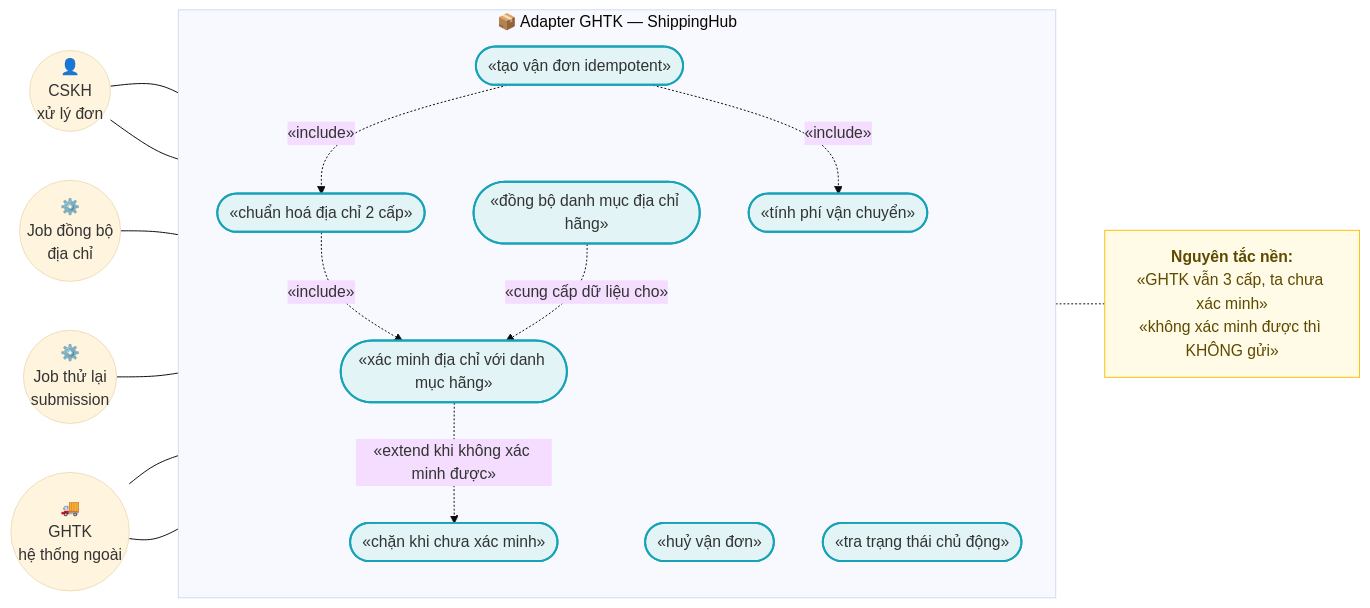
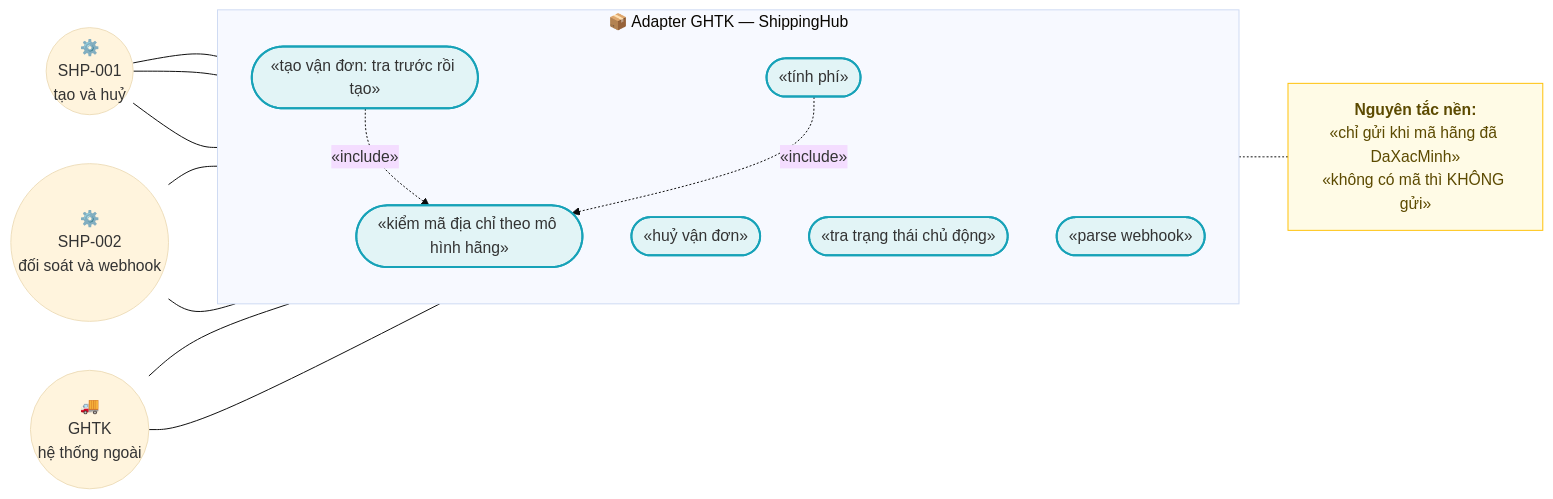
Before and after one commit to hungnt9801/eCommerce: the first of 2 diagrams in docs/features/shipping/shp-004-adapter-ghtk.md, drawn with Mermaid (base theme). The commit also changed other lines of this file and 8 other files, not shown here.

````diff
--- a/docs/features/shipping/shp-004-adapter-ghtk.md
+++ b/docs/features/shipping/shp-004-adapter-ghtk.md
@@ -107,41 +101,36 @@
 ```mermaid
 flowchart LR
     classDef actor fill:#d4edda,stroke:#155724,stroke-width:2px;
     classDef usecase fill:#e2f4f6,stroke:#17a2b8,stroke-width:2px;
     classDef note fill:#fffbe6,stroke:#ffc107,stroke-width:1px,color:#5c4a00;
 
-    CS(("👤<br/>CSKH<br/>xử lý đơn"))
-    JOB(("⚙️<br/>Job đồng bộ<br/>địa chỉ"))
-    JOB2(("⚙️<br/>Job thử lại<br/>submission"))
+    S1(("⚙️<br/>SHP-001<br/>tạo và huỷ"))
+    S2(("⚙️<br/>SHP-002<br/>đối soát và webhook"))
     GHTK(("🚚<br/>GHTK<br/>hệ thống ngoài"))
 
     subgraph SHP["📦 Adapter GHTK — ShippingHub"]
         direction TB
-        UC1(["«chuẩn hoá địa chỉ 2 cấp»"])
-        UC2(["«xác minh địa chỉ với danh mục hãng»"])
-        UC3(["«chặn khi chưa xác minh»"])
-        UC4(["«tính phí vận chuyển»"])
-        UC5(["«tạo vận đơn idempotent»"])
-        UC6(["«huỷ vận đơn»"])
-        UC7(["«tra trạng thái chủ động»"])
-        UC8(["«đồng bộ danh mục địa chỉ hãng»"])
-        class UC1,UC2,UC3,UC4,UC5,UC6,UC7,UC8 usecase;
+        UC1(["«kiểm mã địa chỉ theo mô hình hãng»"])
+        UC2(["«tính phí»"])
+        UC3(["«tạo vận đơn: tra trước rồi tạo»"])
+        UC4(["«huỷ vận đơn»"])
+        UC5(["«tra trạng thái chủ động»"])
+        UC6(["«parse webhook»"])
+        class UC1,UC2,UC3,UC4,UC5,UC6 usecase;
     end
 
-    N1["<b>Nguyên tắc nền:</b><br/>«GHTK vẫn 3 cấp, ta chưa xác minh»<br/>«không xác minh được thì KHÔNG gửi»"]
+    N1["<b>Nguyên tắc nền:</b><br/>«chỉ gửi khi mã hãng đã DaXacMinh»<br/>«không có mã thì KHÔNG gửi»"]
     class N1 note;
 
-    CS --- UC5
-    CS --- UC6
-    JOB --- UC8
-    JOB2 --- UC5
+    S1 --- UC2
+    S1 --- UC3
+    S1 --- UC4
+    S2 --- UC5
+    S2 --- UC6
+    GHTK --- UC3
     GHTK --- UC5
-    GHTK --- UC7
 
-    UC5 -. "«include»" .-> UC1
-    UC1 -. "«include»" .-> UC2
-    UC2 -. "«extend khi không xác minh được»" .-> UC3
-    UC8 -. "«cung cấp dữ liệu cho»" .-> UC2
-    UC5 -. "«include»" .-> UC4
-    UC3 -.- N1
+    UC3 -. "«include»" .-> UC1
+    UC2 -. "«include»" .-> UC1
+    UC1 -.- N1
 ```
````
